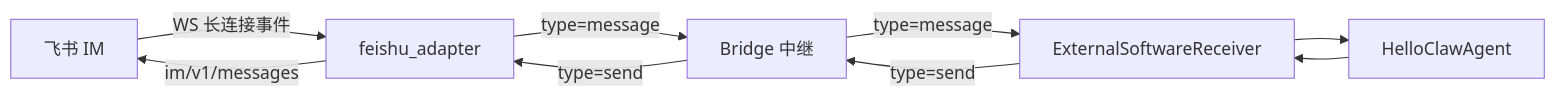
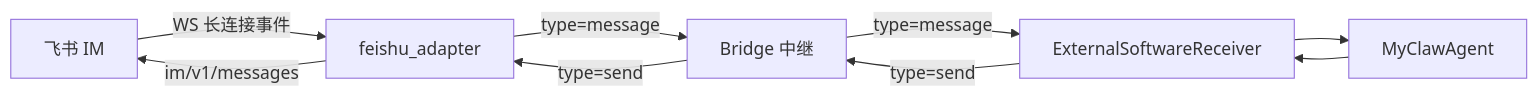
One commit to promisestar/MyClaw changed the third of 3 diagrams in docs/外部软件消息接入说明（External Bridge）.md. Above: the diagram before and after it, drawn with Mermaid. The commit also changed other lines of this file and 19 other files, not shown here.

````diff
--- a/docs/外部软件消息接入说明（External Bridge）.md
+++ b/docs/外部软件消息接入说明（External Bridge）.md
@@ -327,11 +327,11 @@
 ```mermaid
 flowchart LR
     Feishu[飞书 IM] -->|WS 长连接事件| Adapter[feishu_adapter]
     Adapter -->|type=message| Bridge[Bridge 中继]
     Bridge -->|type=message| Recv[ExternalSoftwareReceiver]
-    Recv --> Agent[HelloClawAgent]
+    Recv --> Agent[MyClawAgent]
     Agent --> Recv
     Recv -->|type=send| Bridge
     Bridge -->|type=send| Adapter
     Adapter -->|im/v1/messages| Feishu
 ```
````
